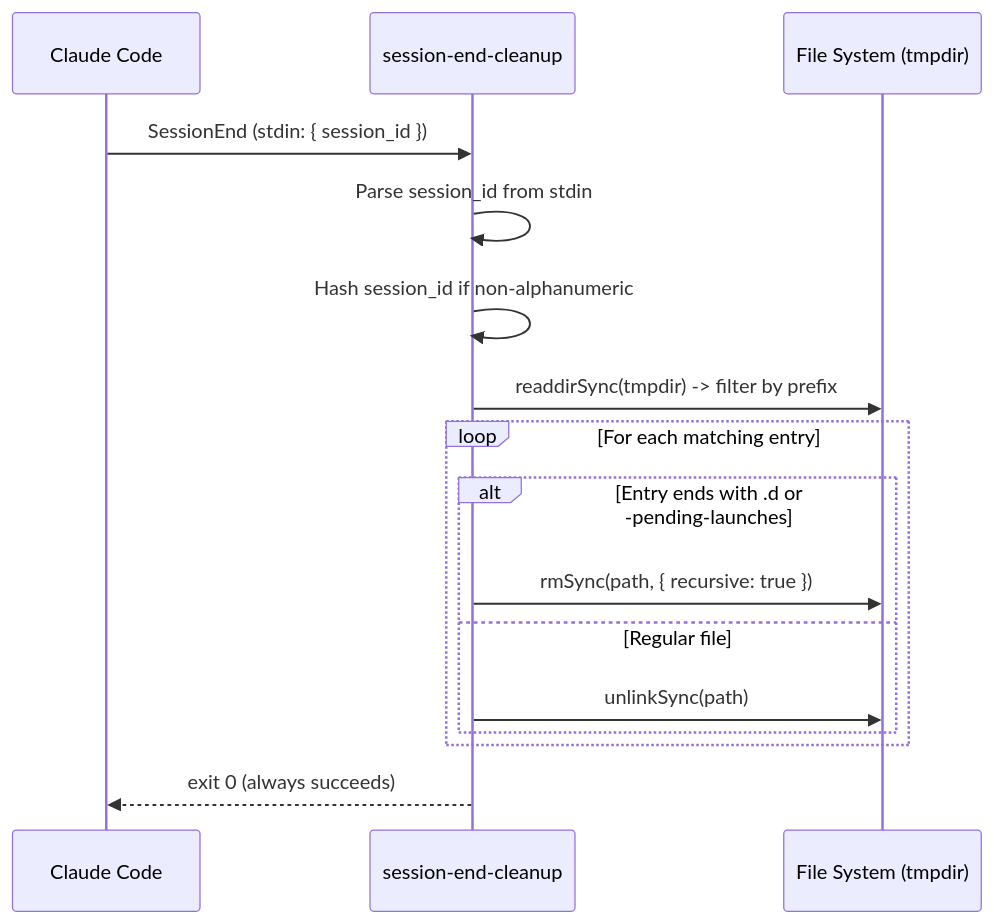
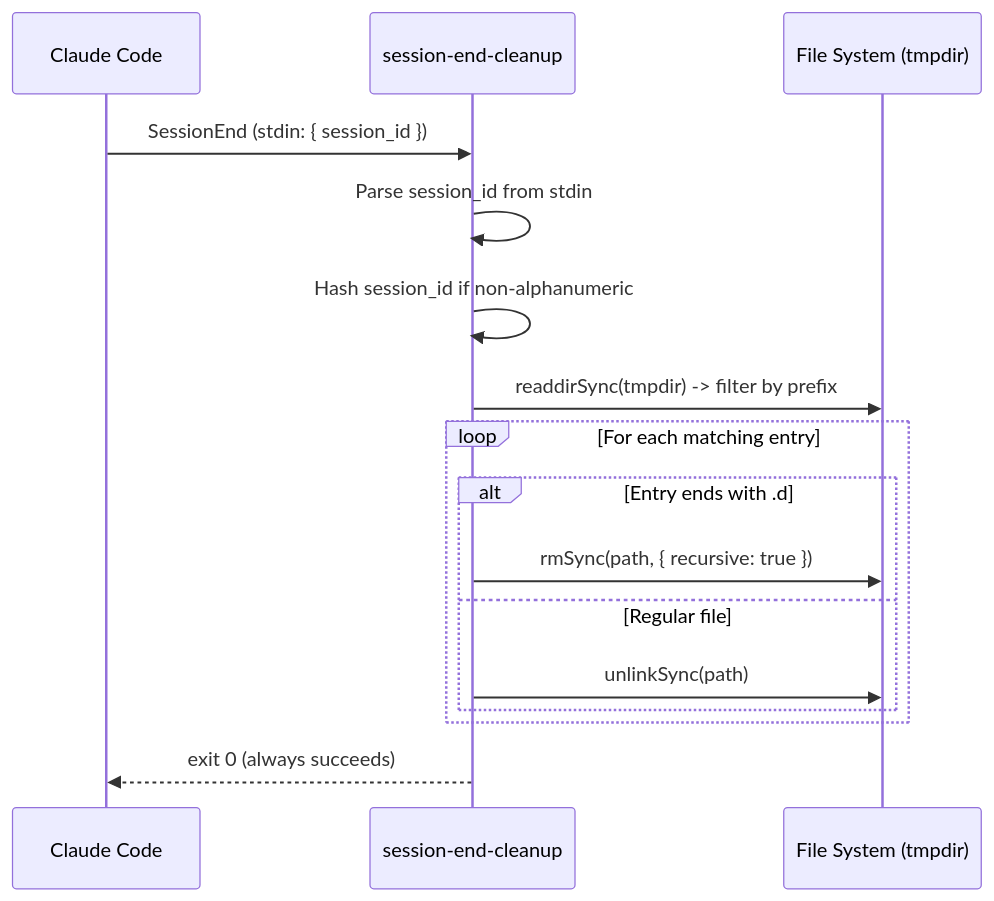
Before and after one commit to vercel-labs/vercel-plugin: the tenth of 10 diagrams in docs/hook-lifecycle.md, drawn with Mermaid. The commit also changed other lines of this file and 21 other files, not shown here.

````diff
--- a/docs/hook-lifecycle.md
+++ b/docs/hook-lifecycle.md
@@ -707,19 +652,19 @@
 ```mermaid
 sequenceDiagram
     participant CC as Claude Code
     participant Hook as session-end-cleanup
     participant FS as File System (tmpdir)
 
     CC->>Hook: SessionEnd (stdin: { session_id })
     Hook->>Hook: Parse session_id from stdin
     Hook->>Hook: Hash session_id if non-alphanumeric
     Hook->>FS: readdirSync(tmpdir) -> filter by prefix
     loop For each matching entry
-        alt Entry ends with .d or -pending-launches
+        alt Entry ends with .d
             Hook->>FS: rmSync(path, { recursive: true })
         else Regular file
             Hook->>FS: unlinkSync(path)
         end
     end
     Hook-->>CC: exit 0 (always succeeds)
 ```
````
